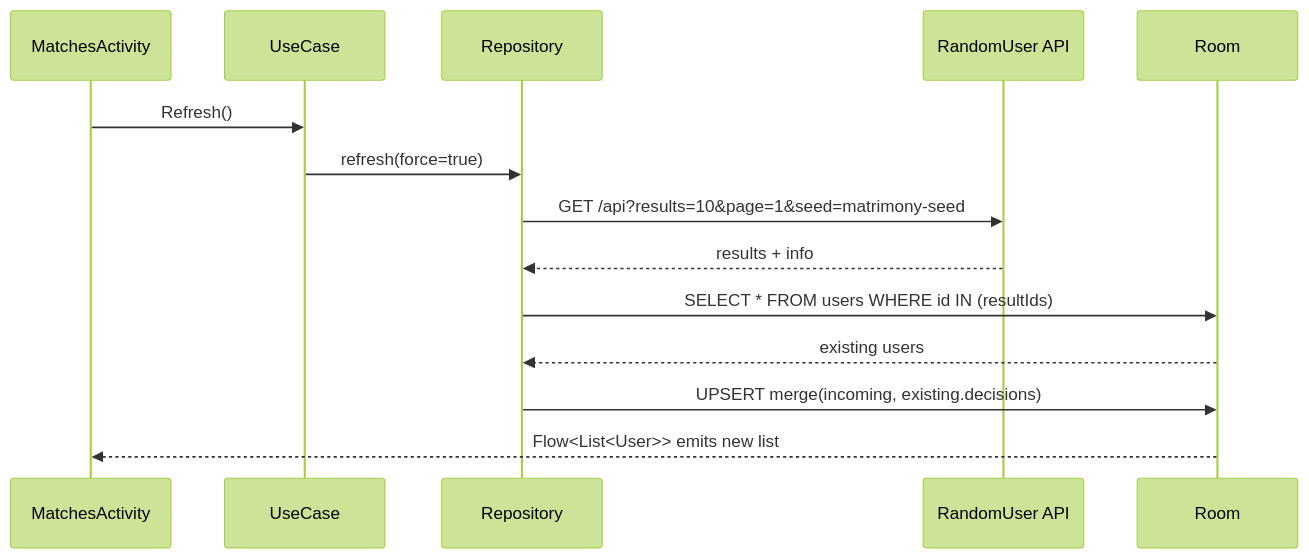
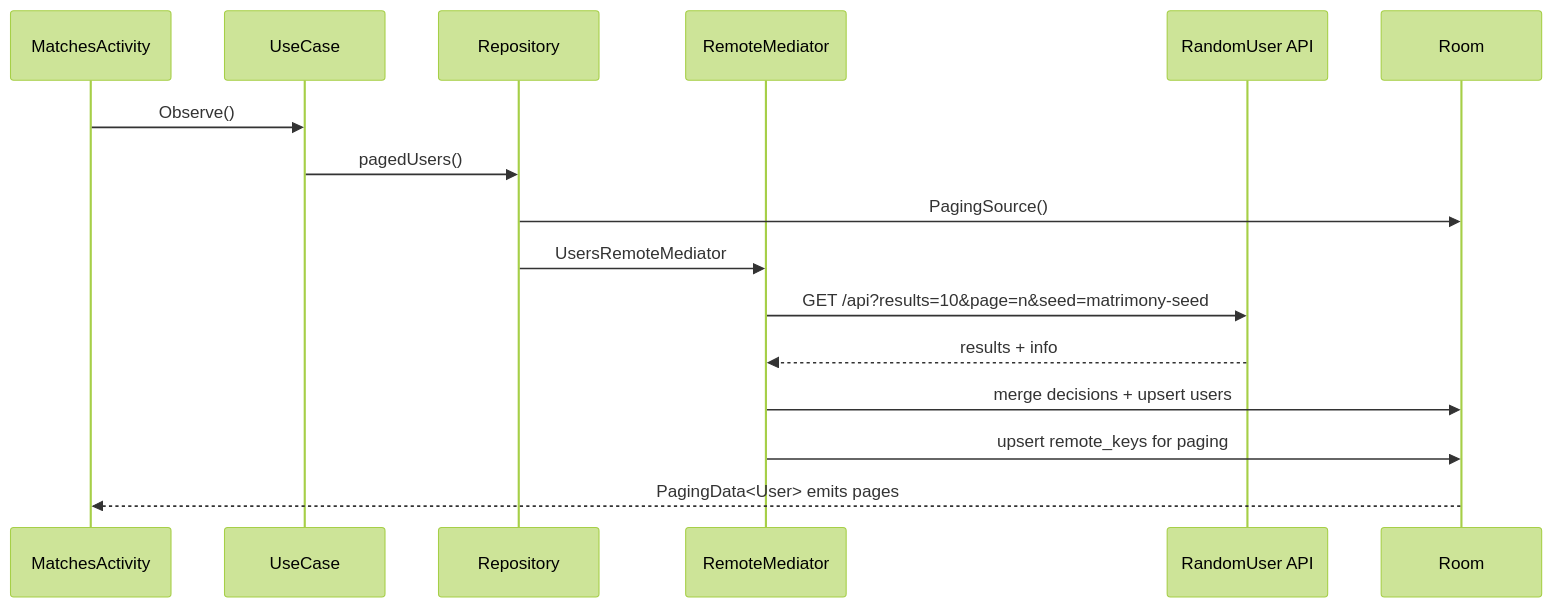
One commit to sigmaducc/Adnan_Chaudhary_Demo_2 changed the second of 2 diagrams in README.md. Above: the diagram before and after it, drawn with Mermaid (forest theme). The commit also changed other lines of this file and 28 other files, not shown here.

````diff
--- a/README.md
+++ b/README.md
@@ -66,16 +76,18 @@
 ```mermaid
 sequenceDiagram
   participant UI as MatchesActivity
   participant UC as UseCase
   participant Repo as Repository
+  participant Med as RemoteMediator
   participant API as RandomUser API
   participant DB as Room
-  UI->>UC: Refresh()
-  UC->>Repo: refresh(force=true)
-  Repo->>API: GET /api?results=10&page=1&seed=matrimony-seed
-  API-->>Repo: results + info
-  Repo->>DB: SELECT * FROM users WHERE id IN (resultIds)
-  DB-->>Repo: existing users
-  Repo->>DB: UPSERT merge(incoming, existing.decisions)
-  DB-->>UI: Flow<List<User>> emits new list
+  UI->>UC: Observe()
+  UC->>Repo: pagedUsers()
+  Repo->>DB: PagingSource()
+  Repo->>Med: UsersRemoteMediator
+  Med->>API: GET /api?results=10&page=n&seed=matrimony-seed
+  API-->>Med: results + info
+  Med->>DB: merge decisions + upsert users
+  Med->>DB: upsert remote_keys for paging
+  DB-->>UI: PagingData<User> emits pages
 ```
````
